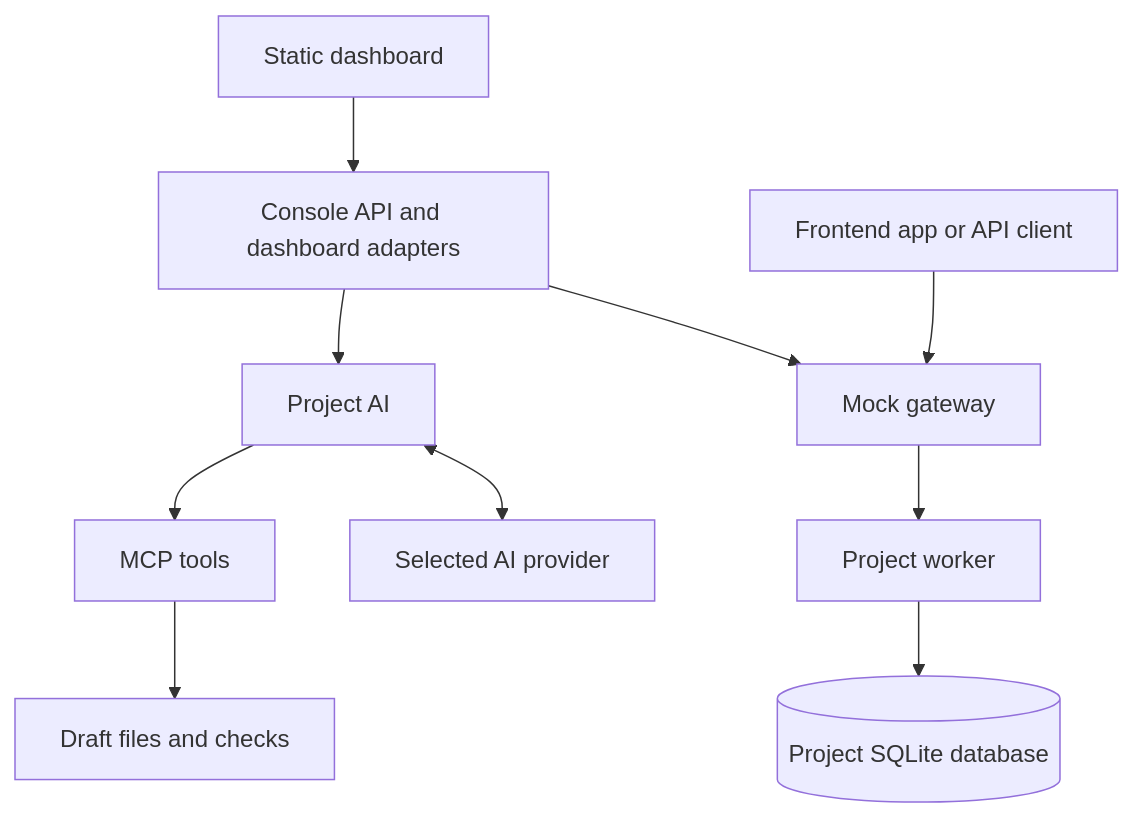
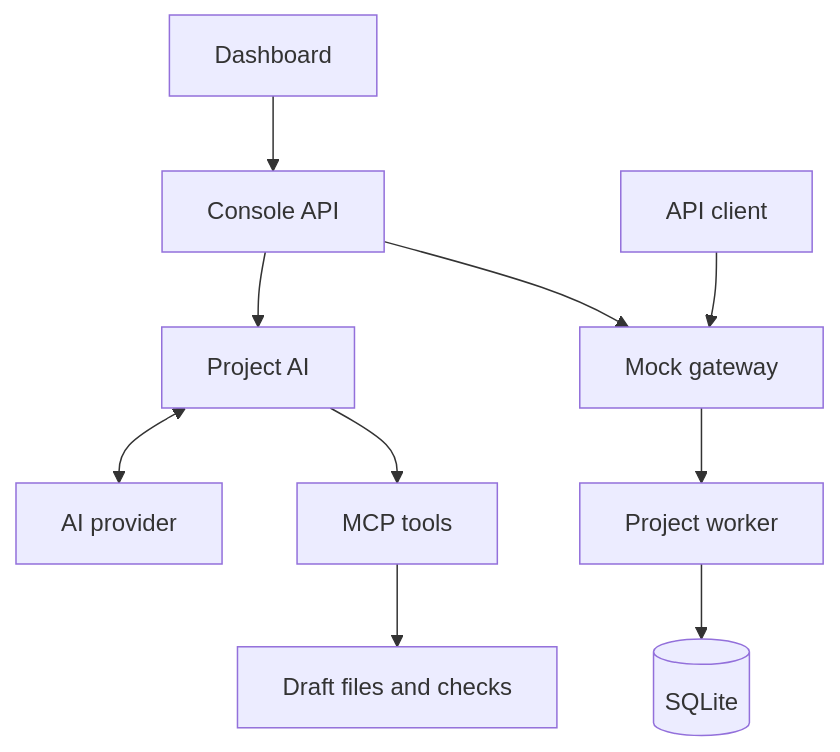
One commit to sagarnewpane/Reqlica changed the diagram in docs/architecture.md. Above: the diagram before and after it, drawn with Mermaid. The commit also changed other lines of this file and 27 other files, not shown here.

````diff
--- a/docs/architecture.md
+++ b/docs/architecture.md
@@ -12,12 +6,12 @@
 ```mermaid
 flowchart TB
-    UI[Static dashboard] --> Console[Console API and dashboard adapters]
-    Console --> Gateway[Mock gateway]
+    UI[Dashboard] --> Console[Console API]
     Console --> Agent[Project AI]
-    Agent <--> Model[Selected AI provider]
+    Agent <--> Model[AI provider]
     Agent --> MCP[MCP tools]
     MCP --> Draft[Draft files and checks]
-    Client[Frontend app or API client] --> Gateway
+    Console --> Gateway[Mock gateway]
+    Client[API client] --> Gateway
     Gateway --> Worker[Project worker]
-    Worker --> DB[(Project SQLite database)]
+    Worker --> DB[(SQLite)]
 ```
````
